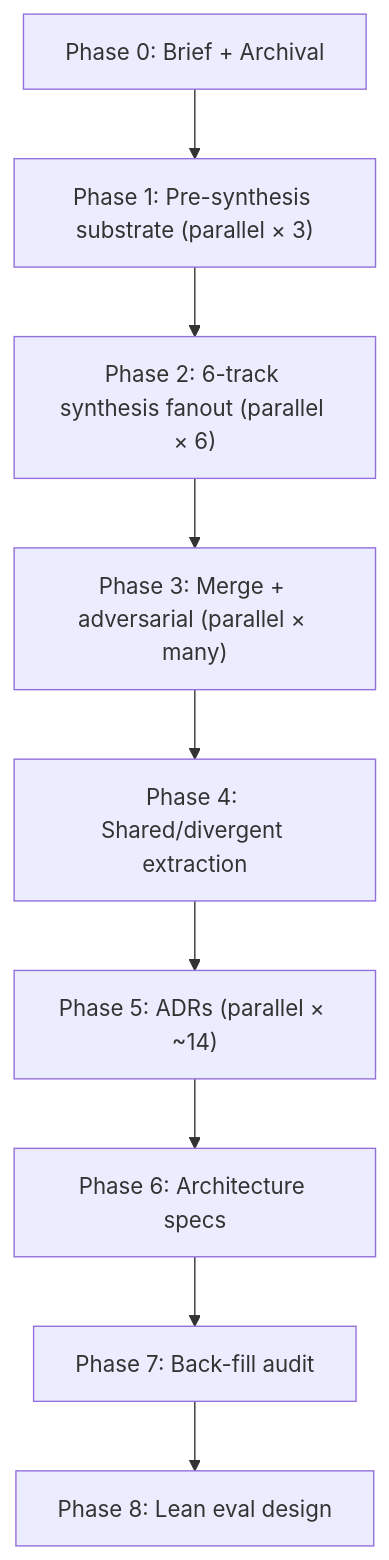
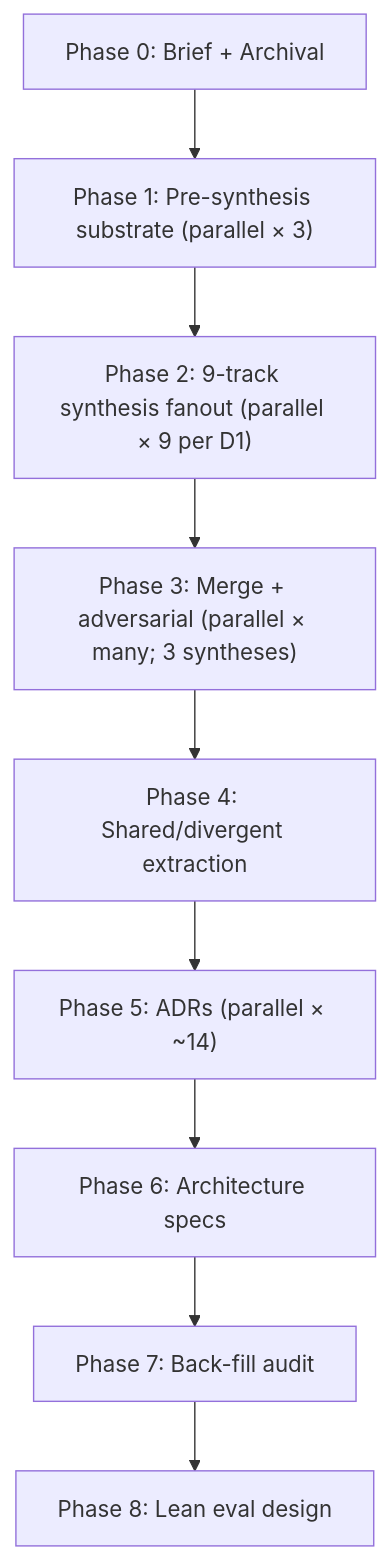
The first of 8 diagrams in ARCHITECTURE-V3-SYNTHESIS-PLAN.md (lago-morph/software-factory), drawn with Mermaid before and after one commit. The commit also changed other lines of this file and 2 other files, not shown here.

````diff
--- a/ARCHITECTURE-V3-SYNTHESIS-PLAN.md
+++ b/ARCHITECTURE-V3-SYNTHESIS-PLAN.md
@@ -65,13 +66,13 @@
 ```mermaid
 flowchart TB
     P0["Phase 0: Brief + Archival"]
     P1["Phase 1: Pre-synthesis substrate (parallel × 3)"]
-    P2["Phase 2: 6-track synthesis fanout (parallel × 6)"]
-    P3["Phase 3: Merge + adversarial (parallel × many)"]
+    P2["Phase 2: 9-track synthesis fanout (parallel × 9 per D1)"]
+    P3["Phase 3: Merge + adversarial (parallel × many; 3 syntheses)"]
     P4["Phase 4: Shared/divergent extraction"]
     P5["Phase 5: ADRs (parallel × ~14)"]
     P6["Phase 6: Architecture specs"]
     P7["Phase 7: Back-fill audit"]
     P8["Phase 8: Lean eval design"]
     P0 --> P1 --> P2 --> P3 --> P4 --> P5 --> P6 --> P7 --> P8
 ```
````
